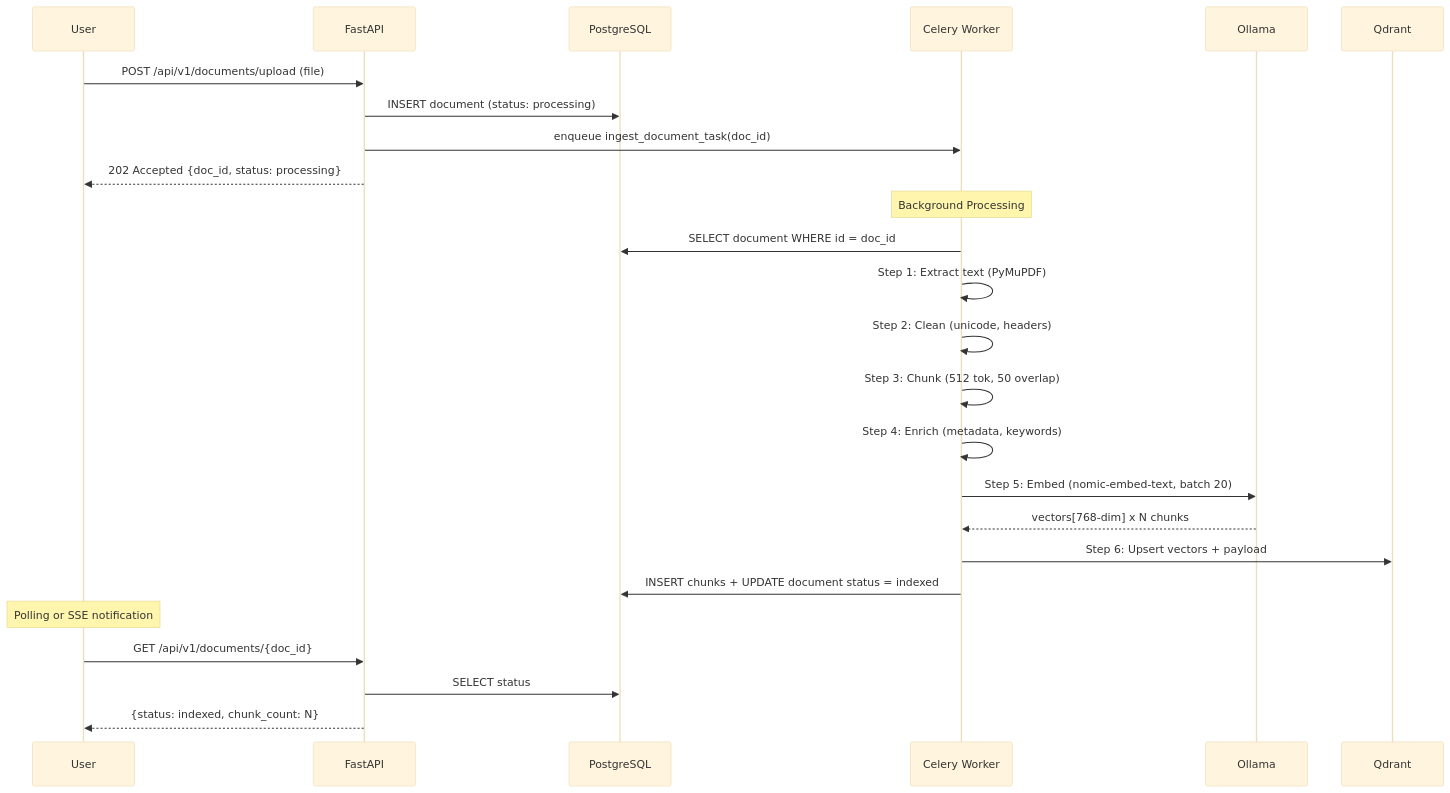
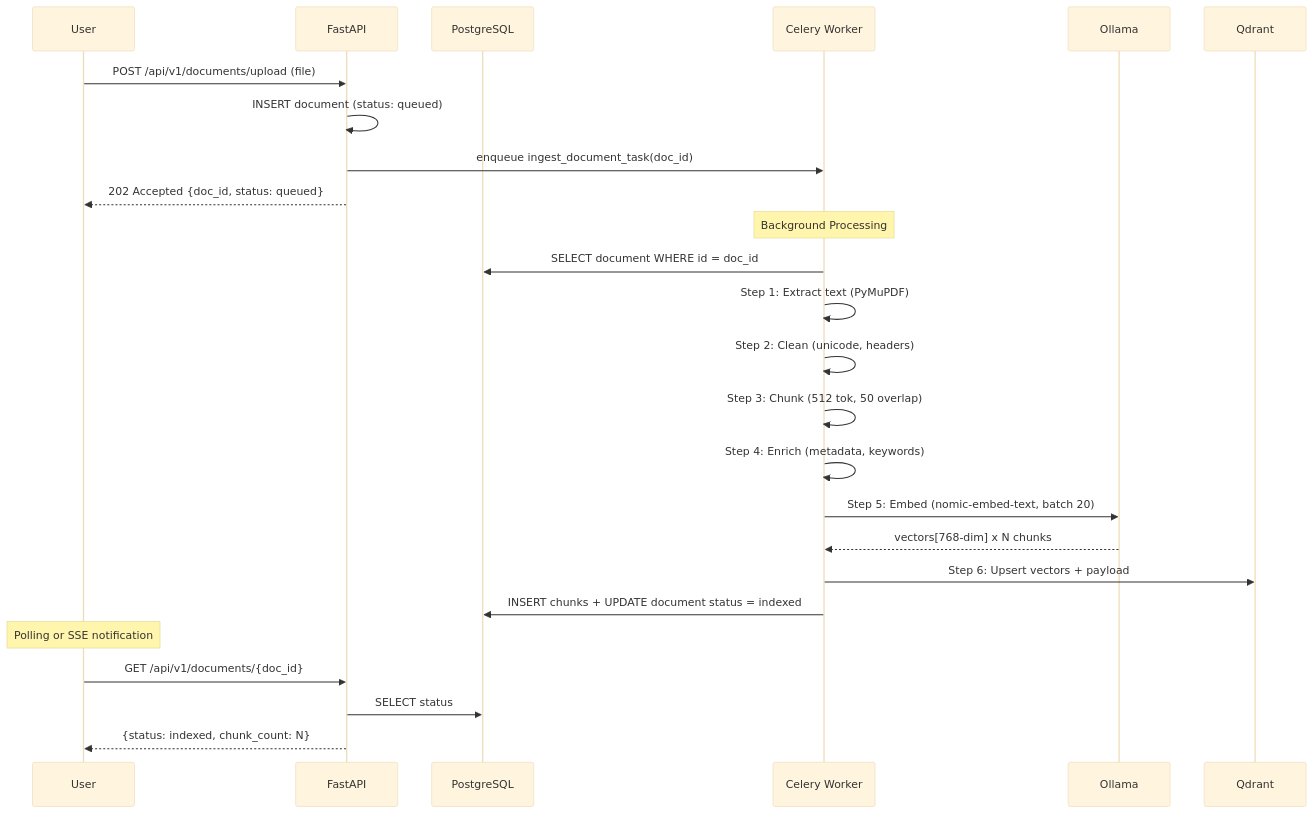
The first of 3 diagrams in docs/architecture/data-flow.md (vominhnhatquang/MultiAgent_RAG), drawn with Mermaid (base theme) before and after one commit. The commit also changed other lines of this file and 3 other files, not shown here.

First line of the commit message:
docs: reconcile architecture docs with deployed system (v1.1)

````diff
--- a/docs/architecture/data-flow.md
+++ b/docs/architecture/data-flow.md
@@ -13,30 +14,30 @@
 ```mermaid
 sequenceDiagram
     participant U as User
     participant API as FastAPI
     participant PG as PostgreSQL
     participant CW as Celery Worker
     participant OL as Ollama
     participant QD as Qdrant
 
     U->>API: POST /api/v1/documents/upload (file)
-    API->>PG: INSERT document (status: processing)
+    API->>API: INSERT document (status: queued)
     API->>CW: enqueue ingest_document_task(doc_id)
-    API-->>U: 202 Accepted {doc_id, status: processing}
+    API-->>U: 202 Accepted {doc_id, status: queued}
 
     Note over CW: Background Processing
     CW->>PG: SELECT document WHERE id = doc_id
     CW->>CW: Step 1: Extract text (PyMuPDF)
     CW->>CW: Step 2: Clean (unicode, headers)
     CW->>CW: Step 3: Chunk (512 tok, 50 overlap)
     CW->>CW: Step 4: Enrich (metadata, keywords)
     CW->>OL: Step 5: Embed (nomic-embed-text, batch 20)
     OL-->>CW: vectors[768-dim] x N chunks
     CW->>QD: Step 6: Upsert vectors + payload
     CW->>PG: INSERT chunks + UPDATE document status = indexed
 
     Note over U: Polling or SSE notification
     U->>API: GET /api/v1/documents/{doc_id}
     API->>PG: SELECT status
     API-->>U: {status: indexed, chunk_count: N}
 ```
````
